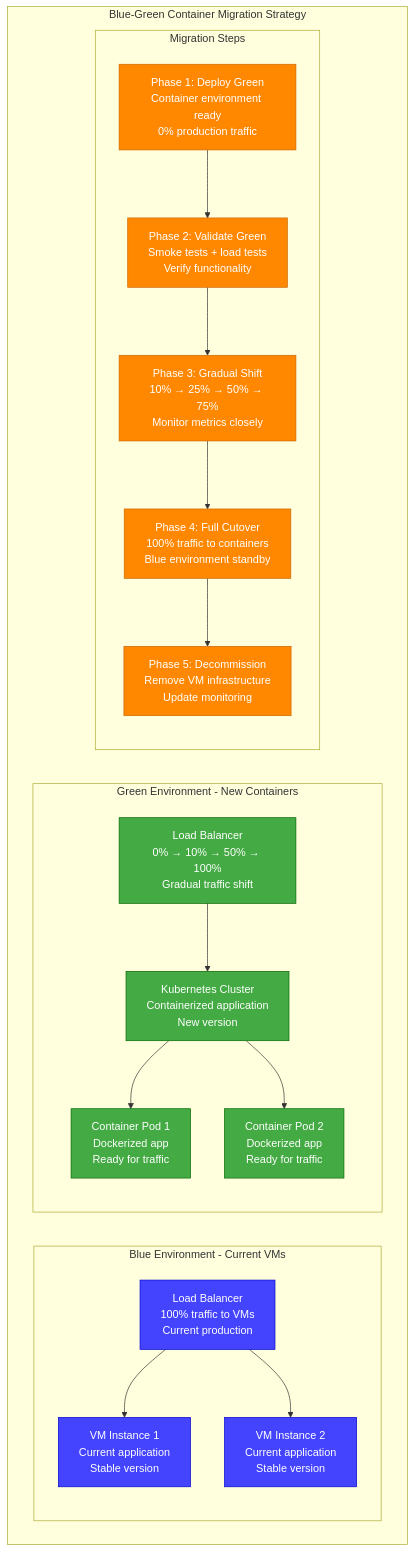
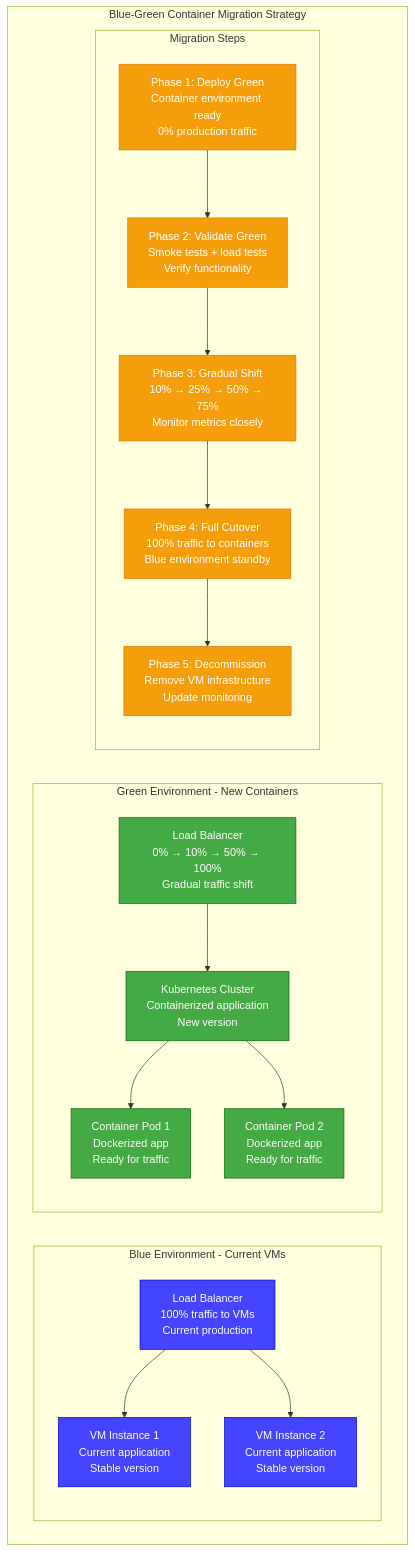
One commit to deepaucksharma/DS changed the fourth of 6 diagrams in site/docs/migrations/vm-to-container-migration.md. Above: the diagram before and after it, drawn with Mermaid. The commit also changed other lines of this file and 187 other files, not shown here.

````diff
--- a/site/docs/migrations/vm-to-container-migration.md
+++ b/site/docs/migrations/vm-to-container-migration.md
@@ -787,47 +787,47 @@
 ```mermaid
 graph TB
     subgraph Migration[Blue-Green Container Migration Strategy]
 
         subgraph BlueEnvironment[Blue Environment - Current VMs]
             BLUE_LB[Load Balancer<br/>100% traffic to VMs<br/>Current production]
             BLUE_VM1[VM Instance 1<br/>Current application<br/>Stable version]
             BLUE_VM2[VM Instance 2<br/>Current application<br/>Stable version]
         end
 
         subgraph GreenEnvironment[Green Environment - New Containers]
             GREEN_LB[Load Balancer<br/>0% → 10% → 50% → 100%<br/>Gradual traffic shift]
             GREEN_K8S[Kubernetes Cluster<br/>Containerized application<br/>New version]
             GREEN_POD1[Container Pod 1<br/>Dockerized app<br/>Ready for traffic]
             GREEN_POD2[Container Pod 2<br/>Dockerized app<br/>Ready for traffic]
         end
 
         subgraph MigrationSteps[Migration Steps]
             STEP1[Phase 1: Deploy Green<br/>Container environment ready<br/>0% production traffic]
             STEP2[Phase 2: Validate Green<br/>Smoke tests + load tests<br/>Verify functionality]
             STEP3[Phase 3: Gradual Shift<br/>10% → 25% → 50% → 75%<br/>Monitor metrics closely]
             STEP4[Phase 4: Full Cutover<br/>100% traffic to containers<br/>Blue environment standby]
             STEP5[Phase 5: Decommission<br/>Remove VM infrastructure<br/>Update monitoring]
         end
 
         BLUE_LB --> BLUE_VM1
         BLUE_LB --> BLUE_VM2
 
         GREEN_LB --> GREEN_K8S
         GREEN_K8S --> GREEN_POD1
         GREEN_K8S --> GREEN_POD2
 
         STEP1 --> STEP2
         STEP2 --> STEP3
         STEP3 --> STEP4
         STEP4 --> STEP5
     end
 
     %% Environment colors
     classDef blueEnv fill:#4444ff,stroke:#0000cc,color:#fff
     classDef greenEnv fill:#44aa44,stroke:#006600,color:#fff
-    classDef migrationStep fill:#ff8800,stroke:#cc6600,color:#fff
+    classDef migrationStep fill:#F59E0B,stroke:#D97706,color:#fff
 
     class BLUE_LB,BLUE_VM1,BLUE_VM2 blueEnv
     class GREEN_LB,GREEN_K8S,GREEN_POD1,GREEN_POD2 greenEnv
     class STEP1,STEP2,STEP3,STEP4,STEP5 migrationStep
 ```
````
